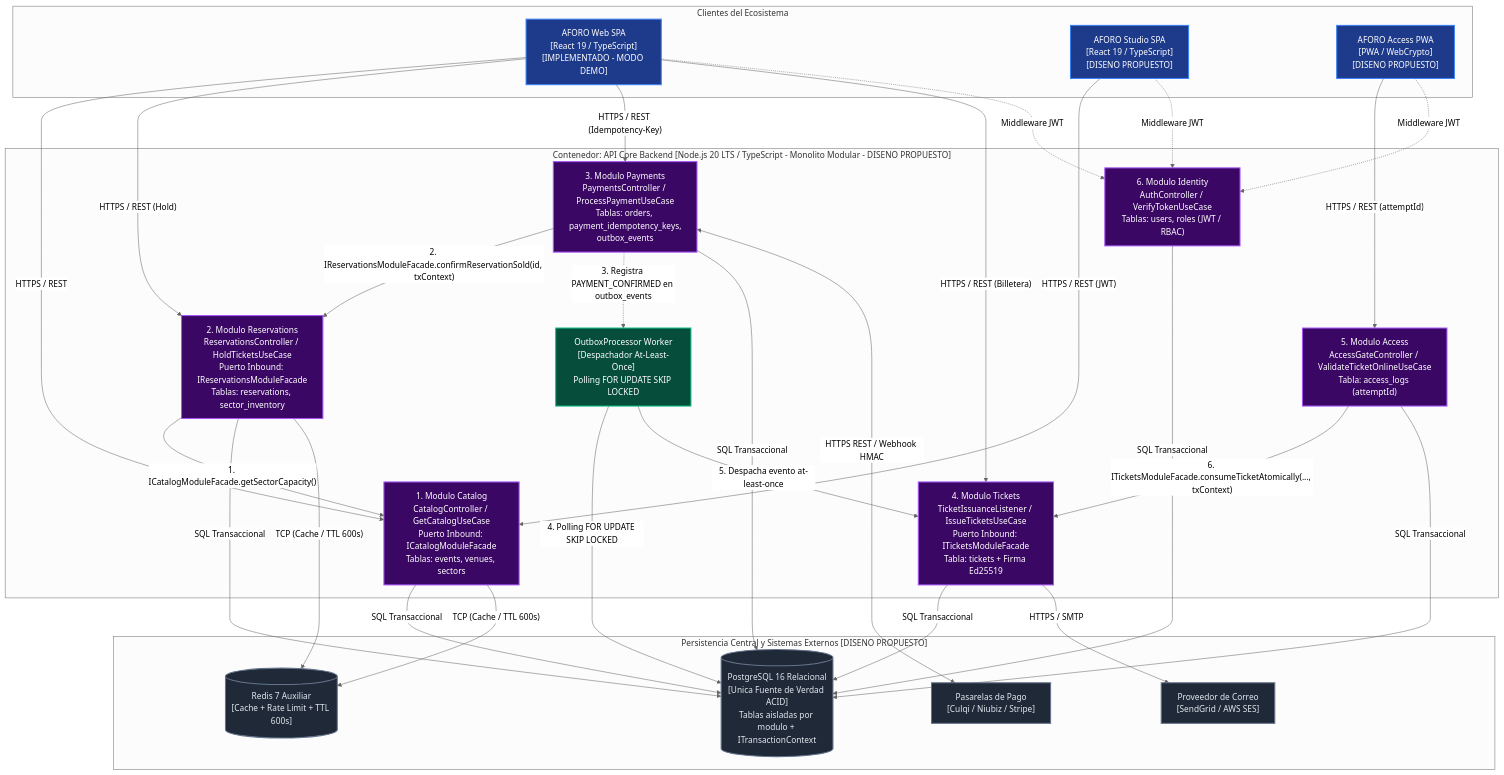
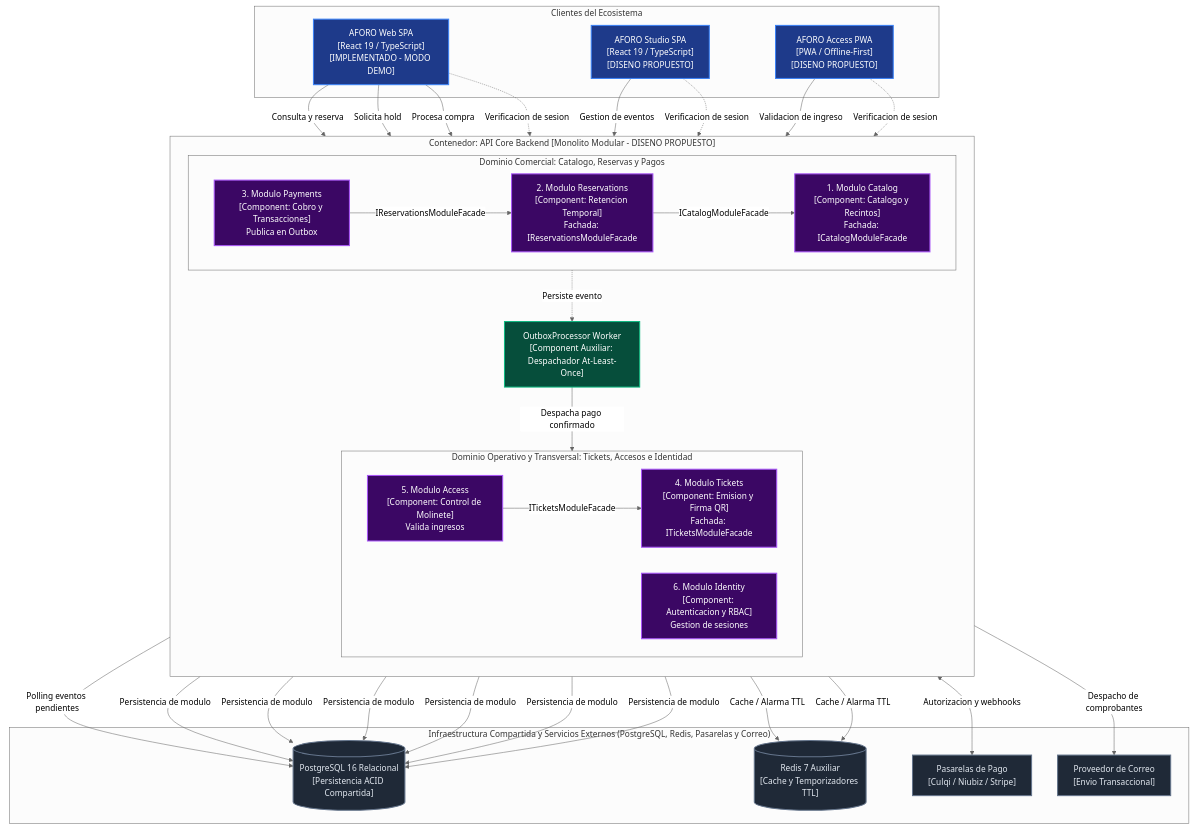
One commit to CARDBELL96/AFORO changed the first of 2 diagrams in docs/04-modelo-c4/Nivel3-Diagrama-de-Componentes.md. Above: the diagram before and after it, drawn with Mermaid (neutral theme). The commit also changed other lines of this file and 7 other files, not shown here.

Commit message:
docs: refinar diagramas C4 y registrar criterios académicos

````diff
--- a/docs/04-modelo-c4/Nivel3-Diagrama-de-Componentes.md
+++ b/docs/04-modelo-c4/Nivel3-Diagrama-de-Componentes.md
@@ -41,58 +41,69 @@
 ```mermaid
 flowchart TD
     subgraph CLIENTS["Clientes del Ecosistema"]
         WEB["AFORO Web SPA<br>[React 19 / TypeScript]<br>[IMPLEMENTADO - MODO DEMO]"]
         STU["AFORO Studio SPA<br>[React 19 / TypeScript]<br>[DISENO PROPUESTO]"]
-        ACC["AFORO Access PWA<br>[PWA / WebCrypto]<br>[DISENO PROPUESTO]"]
+        ACC["AFORO Access PWA<br>[PWA / Offline-First]<br>[DISENO PROPUESTO]"]
     end
 
-    subgraph API_CORE["Contenedor: API Core Backend [Node.js 20 LTS / TypeScript - Monolito Modular - DISENO PROPUESTO]"]
-        MOD_CAT["1. Modulo Catalog<br>CatalogController / GetCatalogUseCase<br>Puerto Inbound: ICatalogModuleFacade<br>Tablas: events, venues, sectors"]
-        MOD_RES["2. Modulo Reservations<br>ReservationsController / HoldTicketsUseCase<br>Puerto Inbound: IReservationsModuleFacade<br>Tablas: reservations, sector_inventory"]
-        MOD_PAY["3. Modulo Payments<br>PaymentsController / ProcessPaymentUseCase<br>Tablas: orders, payment_idempotency_keys,<br>outbox_events"]
-        OUTBOX_WORKER["OutboxProcessor Worker<br>[Despachador At-Least-Once]<br>Polling FOR UPDATE SKIP LOCKED"]
-        MOD_TCK["4. Modulo Tickets<br>TicketIssuanceListener / IssueTicketsUseCase<br>Puerto Inbound: ITicketsModuleFacade<br>Tabla: tickets + Firma Ed25519"]
-        MOD_ACC["5. Modulo Access<br>AccessGateController / ValidateTicketOnlineUseCase<br>Tabla: access_logs (attemptId)"]
-        MOD_IDN["6. Modulo Identity<br>AuthController / VerifyTokenUseCase<br>Tablas: users, roles (JWT / RBAC)"]
+    subgraph API_CORE["Contenedor: API Core Backend [Monolito Modular - DISENO PROPUESTO]"]
+        direction TB
+
+        subgraph MODULOS_NEGOCIO["Dominio Comercial: Catalogo, Reservas y Pagos"]
+            direction LR
+            MOD_CAT["1. Modulo Catalog<br>[Component: Catalogo y Recintos]<br>Fachada: ICatalogModuleFacade"]
+            MOD_RES["2. Modulo Reservations<br>[Component: Retencion Temporal]<br>Fachada: IReservationsModuleFacade"]
+            MOD_PAY["3. Modulo Payments<br>[Component: Cobro y Transacciones]<br>Publica en Outbox"]
+        end
+
+        OUTBOX_WORKER["OutboxProcessor Worker<br>[Component Auxiliar: Despachador At-Least-Once]"]
+
+        subgraph MODULOS_OPERATIVOS["Dominio Operativo y Transversal: Tickets, Accesos e Identidad"]
+            direction LR
+            MOD_TCK["4. Modulo Tickets<br>[Component: Emision y Firma QR]<br>Fachada: ITicketsModuleFacade"]
+            MOD_ACC["5. Modulo Access<br>[Component: Control de Molinete]<br>Valida ingresos"]
+            MOD_IDN["6. Modulo Identity<br>[Component: Autenticacion y RBAC]<br>Gestion de sesiones"]
+        end
     end
 
-    subgraph INFRA["Persistencia Central y Sistemas Externos [DISENO PROPUESTO]"]
-        PG[("PostgreSQL 16 Relacional<br>[Unica Fuente de Verdad ACID]<br>Tablas aisladas por modulo + ITransactionContext")]
-        RD[("Redis 7 Auxiliar<br>[Cache + Rate Limit + TTL 600s]")]
+    subgraph INFRA["Infraestructura Compartida y Servicios Externos (PostgreSQL, Redis, Pasarelas y Correo)"]
+        PG[("PostgreSQL 16 Relacional<br>[Persistencia ACID Compartida]")]
+        RD[("Redis 7 Auxiliar<br>[Cache y Temporizadores TTL]")]
         GATEWAY["Pasarelas de Pago<br>[Culqi / Niubiz / Stripe]"]
-        MAILER["Proveedor de Correo<br>[SendGrid / AWS SES]"]
+        MAILER["Proveedor de Correo<br>[Envio Transaccional]"]
     end
 
-    %% Entradas HTTP
-    STU -->|"HTTPS / REST (JWT)"| MOD_CAT
-    WEB -->|"HTTPS / REST"| MOD_CAT
-    WEB -->|"HTTPS / REST (Hold)"| MOD_RES
-    WEB -->|"HTTPS / REST (Idempotency-Key)"| MOD_PAY
-    WEB -->|"HTTPS / REST (Billetera)"| MOD_TCK
-    ACC -->|"HTTPS / REST (attemptId)"| MOD_ACC
-    WEB & STU & ACC -.->|"Middleware JWT"| MOD_IDN
+    %% Entradas desde Clientes hacia Modulos
+    WEB -->|"Consulta y reserva"| MOD_CAT
+    WEB -->|"Solicita hold"| MOD_RES
+    WEB -->|"Procesa compra"| MOD_PAY
+    STU -->|"Gestion de eventos"| MOD_CAT
+    ACC -->|"Validacion de ingreso"| MOD_ACC
+    WEB & STU & ACC -.->|"Verificacion de sesion"| MOD_IDN
 
-    %% Comunicacion Intermodular en Memoria (Fachadas y Outbox)
-    MOD_RES -->|"1. ICatalogModuleFacade.getSectorCapacity()"| MOD_CAT
-    MOD_PAY -->|"2. IReservationsModuleFacade.confirmReservationSold(id, txContext)"| MOD_RES
-    MOD_PAY -.->|"3. Registra PAYMENT_CONFIRMED en outbox_events"| OUTBOX_WORKER
-    OUTBOX_WORKER -->|"4. Polling FOR UPDATE SKIP LOCKED"| PG
-    OUTBOX_WORKER -->|"5. Despacha evento at-least-once"| MOD_TCK
-    MOD_ACC -->|"6. ITicketsModuleFacade.consumeTicketAtomically(..., txContext)"| MOD_TCK
+    %% Comunicacion Intermodular en Memoria (Fachadas Publicas)
+    MOD_RES -->|"ICatalogModuleFacade"| MOD_CAT
+    MOD_PAY -->|"IReservationsModuleFacade"| MOD_RES
+    MOD_ACC -->|"ITicketsModuleFacade"| MOD_TCK
 
-    %% Infraestructura
-    MOD_CAT & MOD_RES & MOD_PAY & MOD_TCK & MOD_ACC & MOD_IDN -->|"SQL Transaccional"| PG
-    MOD_CAT & MOD_RES -->|"TCP (Cache / TTL 600s)"| RD
-    MOD_PAY <-->|"HTTPS REST / Webhook HMAC"| GATEWAY
-    MOD_TCK -->|"HTTPS / SMTP"| MAILER
+    %% Procesamiento Asincrono y Recuperable con Outbox
+    MOD_PAY -.->|"Persiste evento"| OUTBOX_WORKER
+    OUTBOX_WORKER -->|"Polling eventos pendientes"| PG
+    OUTBOX_WORKER -->|"Despacha pago confirmado"| MOD_TCK
+
+    %% Persistencia Compartida y Servicios Externos
+    MOD_CAT & MOD_RES & MOD_PAY & MOD_TCK & MOD_ACC & MOD_IDN -->|"Persistencia de modulo"| PG
+    MOD_CAT & MOD_RES -->|"Cache / Alarma TTL"| RD
+    MOD_PAY <-->|"Autorizacion y webhooks"| GATEWAY
+    MOD_TCK -->|"Despacho de comprobantes"| MAILER
 
     classDef client fill:#1e3a8a,stroke:#3b82f6,stroke-width:2px,color:#ffffff;
     classDef appComp fill:#3b0764,stroke:#a855f7,stroke-width:2px,color:#ffffff;
     classDef workerComp fill:#064e3b,stroke:#10b981,stroke-width:2px,color:#ffffff;
     classDef infraNode fill:#1f2937,stroke:#64748b,stroke-width:2px,color:#e2e8f0;
 
     class WEB,STU,ACC client;
     class MOD_CAT,MOD_RES,MOD_PAY,MOD_TCK,MOD_ACC,MOD_IDN appComp;
     class OUTBOX_WORKER workerComp;
     class PG,RD,GATEWAY,MAILER infraNode;
 ```
````
